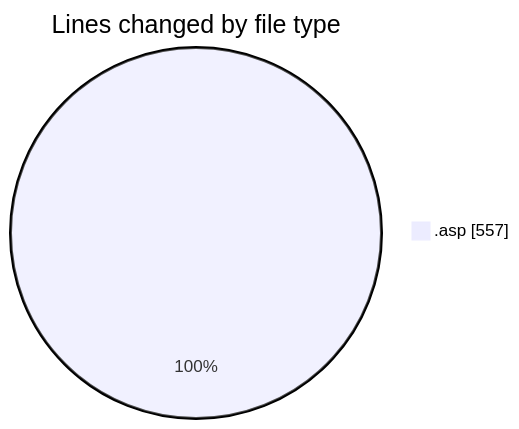
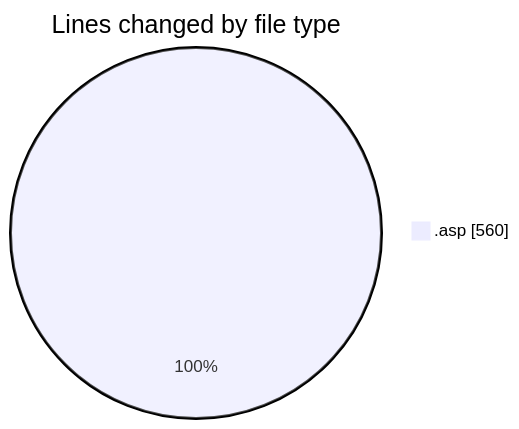
Before and after one commit to julien-gomy/code-tracking: the first of 2 diagrams in 2025-11-08/usr_aleoudev_fr__workspace_/README.md, drawn with Mermaid. The commit also changed other lines of this file and 1 other file, not shown here.

````diff
--- a/2025-11-08/usr_aleoudev_fr__workspace_/README.md
+++ b/2025-11-08/usr_aleoudev_fr__workspace_/README.md
@@ -21,5 +21,5 @@
 ```mermaid
 pie showData
 title Lines changed by file type
-".asp" : 557
+".asp" : 560
 ```
````
